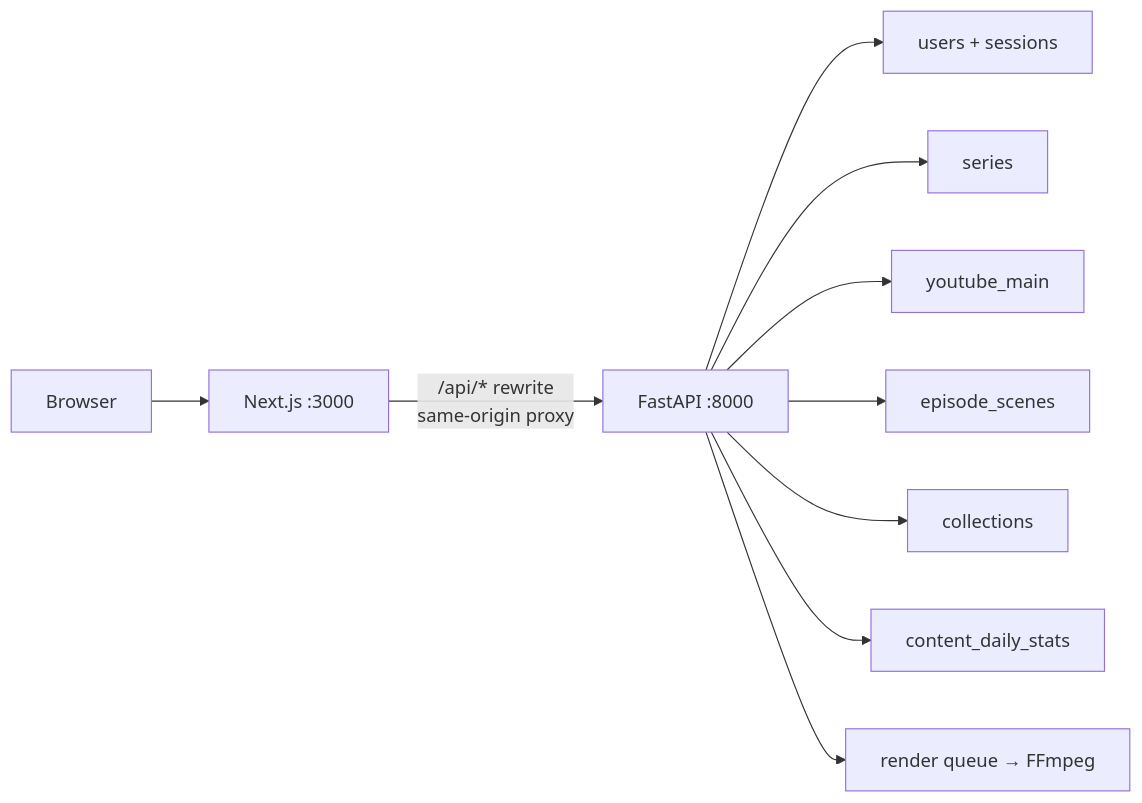
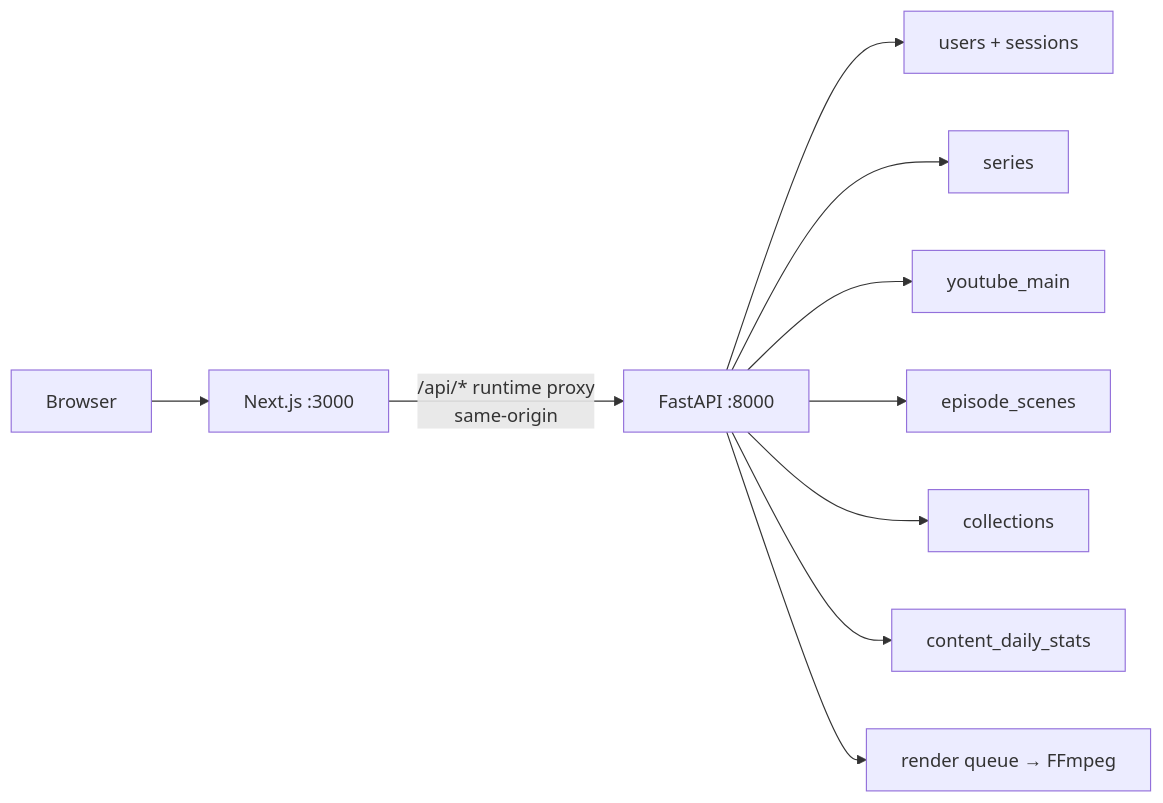
Before and after one commit to irAbs174/YouTube-Content-Manager: the first of 2 diagrams in .cursor/plans/auth_lab_emulator_792938f7.plan.md, drawn with Mermaid. The commit also changed other lines of this file and 5 other files, not shown here.

Commit message:
fix: route API calls at runtime to resolve login 500

````diff
--- a/.cursor/plans/auth_lab_emulator_792938f7.plan.md
+++ b/.cursor/plans/auth_lab_emulator_792938f7.plan.md
@@ -41,12 +41,12 @@
 ```mermaid
 flowchart LR
   Browser --> Next["Next.js :3000"]
-  Next -->|"/api/* rewrite<br/>same-origin proxy"| API["FastAPI :8000"]
+  Next -->|"/api/* runtime proxy<br/>same-origin"| API["FastAPI :8000"]
   API --> Auth["users + sessions"]
   API --> Series["series"]
   API --> Main["youtube_main"]
   API --> Scenes["episode_scenes"]
   API --> Coll["collections"]
   API --> Stats["content_daily_stats"]
   API --> Q["render queue → FFmpeg"]
 ```
````
